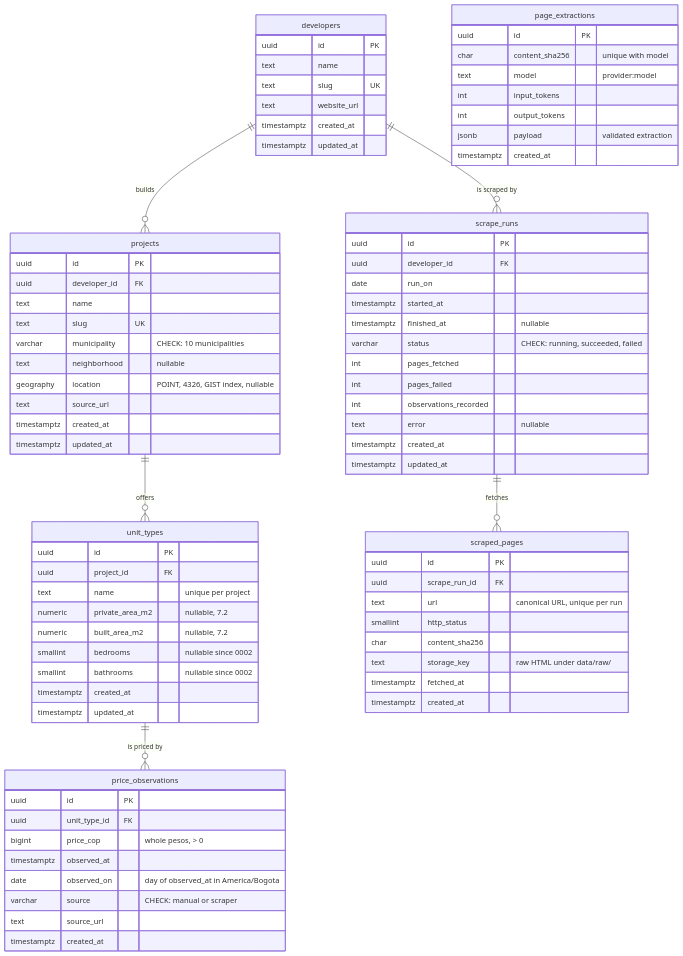
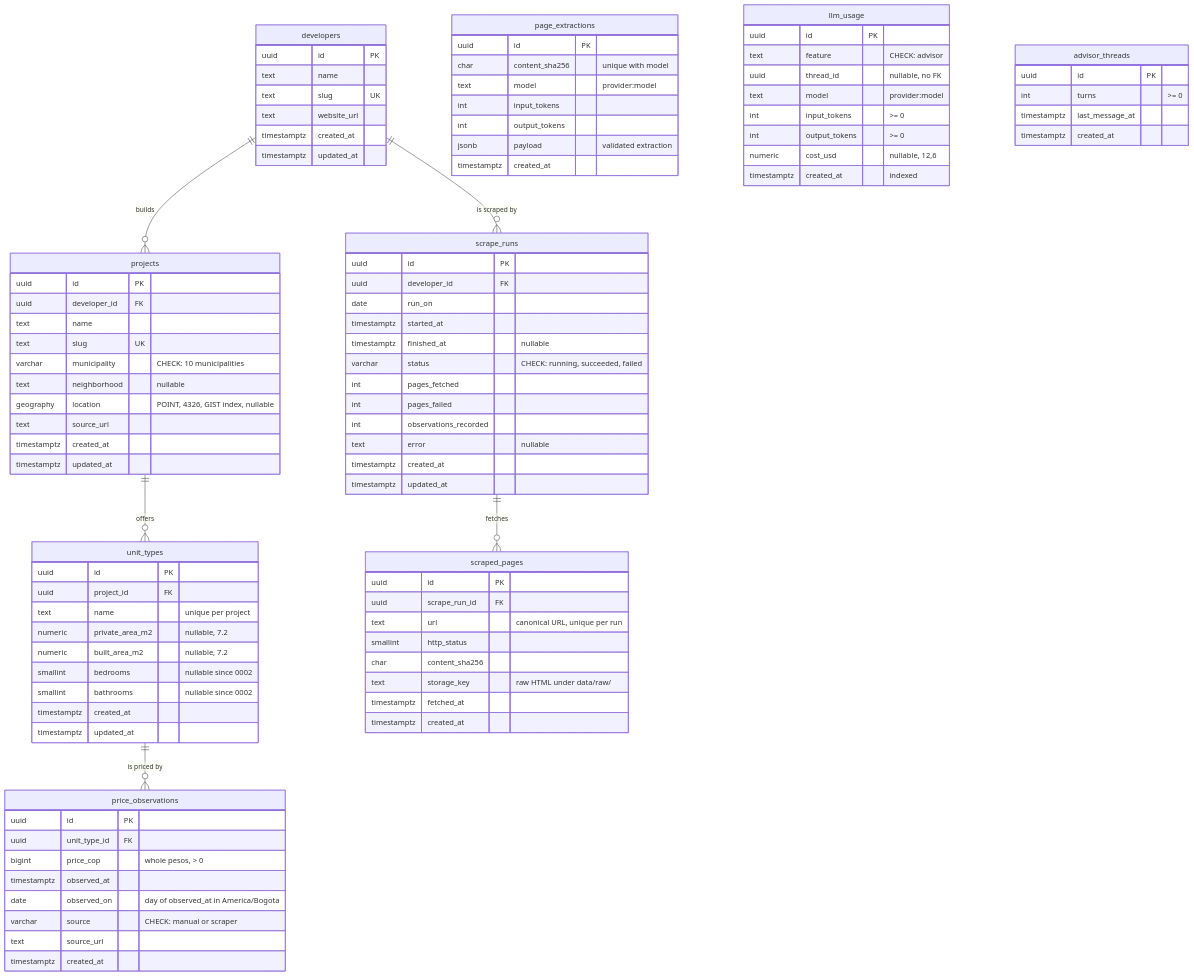
Before and after one commit to afjaramillo97/sobreplano: the diagram in docs/schema.md, drawn with Mermaid. The commit also changed other lines of this file and 13 other files, not shown here.

````diff
--- a/docs/schema.md
+++ b/docs/schema.md
@@ -84,4 +84,20 @@
         jsonb payload "validated extraction"
         timestamptz created_at
     }
+    llm_usage {
+        uuid id PK
+        text feature "CHECK: advisor"
+        uuid thread_id "nullable, no FK"
+        text model "provider:model"
+        int input_tokens ">= 0"
+        int output_tokens ">= 0"
+        numeric cost_usd "nullable, 12,6"
+        timestamptz created_at "indexed"
+    }
+    advisor_threads {
+        uuid id PK
+        int turns ">= 0"
+        timestamptz last_message_at
+        timestamptz created_at
+    }
 ```
````
